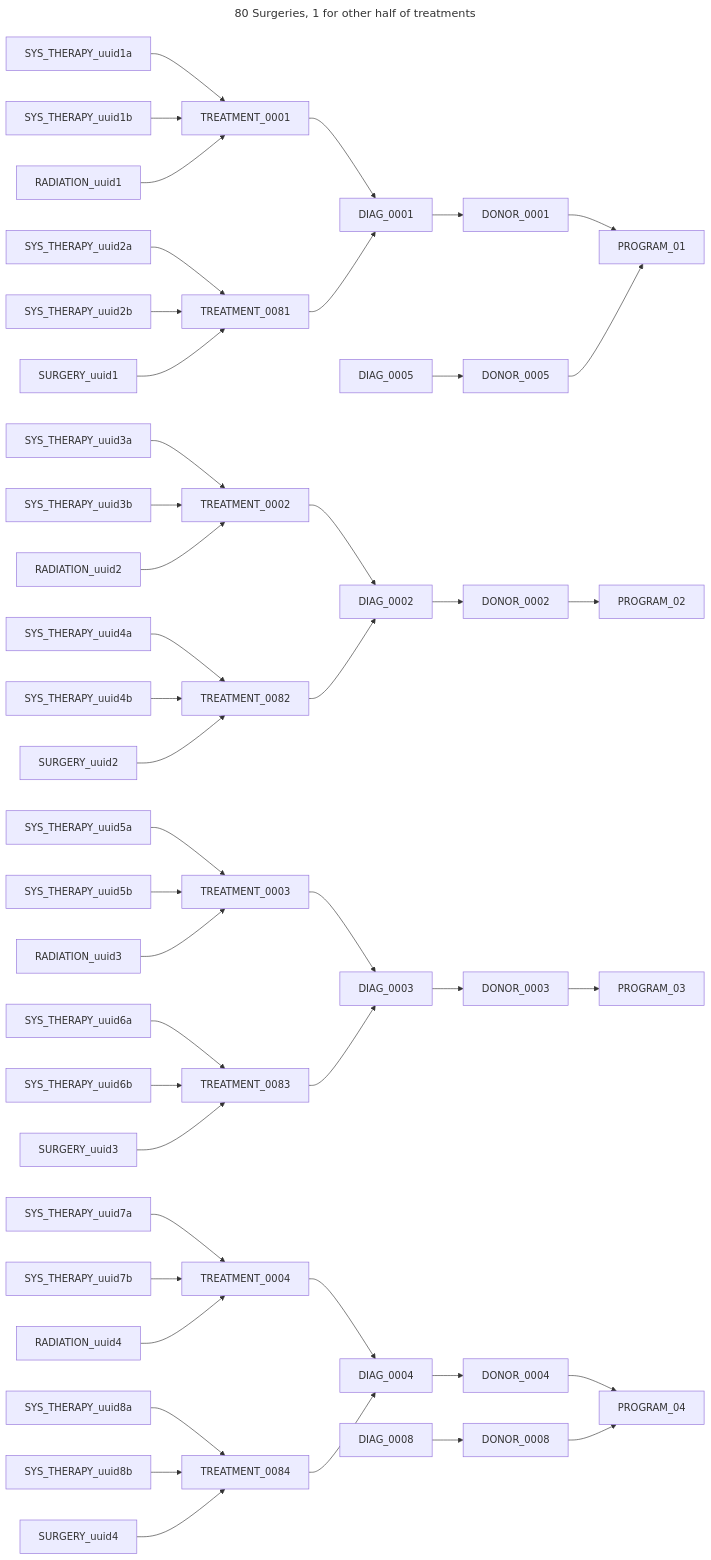
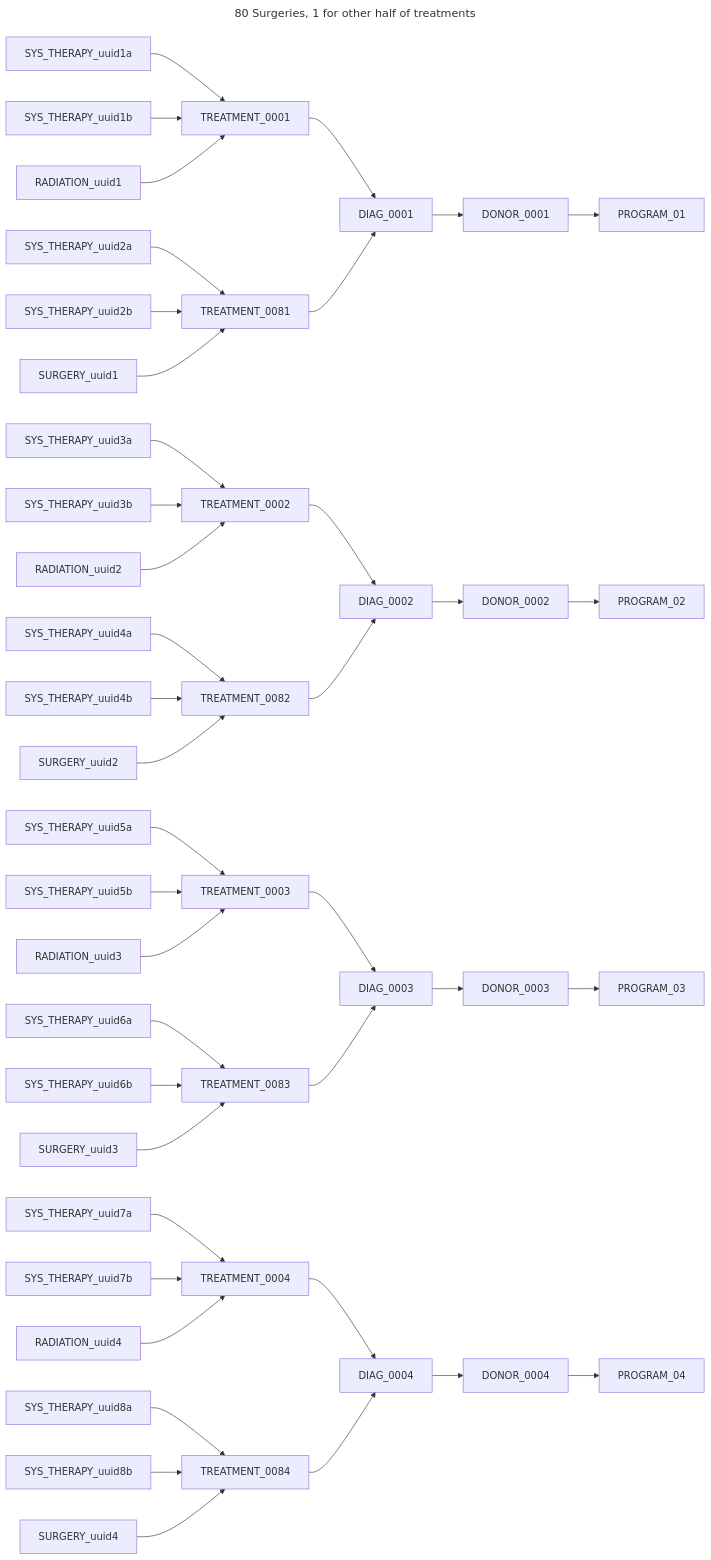
Before and after one commit to CanDIG/katsu: the eighth of 12 diagrams in chord_metadata_service/mohpackets/data/small_dataset/README.md, drawn with Mermaid. The commit also changed other lines of this file, not shown here.

Commit message:
update graphs

````diff
--- a/chord_metadata_service/mohpackets/data/small_dataset/README.md
+++ b/chord_metadata_service/mohpackets/data/small_dataset/README.md
@@ -218,44 +213,42 @@
 ```mermaid
 ---
 title: 80 Surgeries, 1 for other half of treatments
 ---
 graph LR;  
   DIAG_0001 --> DONOR_0001 --> PROGRAM_01;  
-  DIAG_0005 --> DONOR_0005 --> PROGRAM_01;  
   DIAG_0002 --> DONOR_0002 --> PROGRAM_02;  
   DIAG_0003 --> DONOR_0003 --> PROGRAM_03;  
   DIAG_0004 --> DONOR_0004 --> PROGRAM_04;
-  DIAG_0008 --> DONOR_0008 --> PROGRAM_04;
   TREATMENT_0001 --> DIAG_0001;
   TREATMENT_0081 --> DIAG_0001;  
   TREATMENT_0002 --> DIAG_0002; 
   TREATMENT_0082 --> DIAG_0002;  
   TREATMENT_0003 --> DIAG_0003; 
   TREATMENT_0083 --> DIAG_0003; 
   TREATMENT_0004 --> DIAG_0004; 
   TREATMENT_0084 --> DIAG_0004; 
   SYS_THERAPY_uuid1a --> TREATMENT_0001;
   SYS_THERAPY_uuid1b --> TREATMENT_0001;
   SYS_THERAPY_uuid2a --> TREATMENT_0081;
   SYS_THERAPY_uuid2b --> TREATMENT_0081;  
   SYS_THERAPY_uuid3a --> TREATMENT_0002; 
   SYS_THERAPY_uuid3b --> TREATMENT_0002; 
   SYS_THERAPY_uuid4a --> TREATMENT_0082;  
   SYS_THERAPY_uuid4b --> TREATMENT_0082;  
   SYS_THERAPY_uuid5a --> TREATMENT_0003; 
   SYS_THERAPY_uuid5b --> TREATMENT_0003; 
   SYS_THERAPY_uuid6a --> TREATMENT_0083; 
   SYS_THERAPY_uuid6b --> TREATMENT_0083; 
   SYS_THERAPY_uuid7a --> TREATMENT_0004; 
   SYS_THERAPY_uuid7b --> TREATMENT_0004; 
   SYS_THERAPY_uuid8a --> TREATMENT_0084;
   SYS_THERAPY_uuid8b --> TREATMENT_0084;
   RADIATION_uuid1 --> TREATMENT_0001;
   RADIATION_uuid2 --> TREATMENT_0002; 
   RADIATION_uuid3 --> TREATMENT_0003;  
   RADIATION_uuid4 --> TREATMENT_0004;  
   SURGERY_uuid1 --> TREATMENT_0081;
   SURGERY_uuid2 --> TREATMENT_0082; 
   SURGERY_uuid3 --> TREATMENT_0083;  
   SURGERY_uuid4 --> TREATMENT_0084;  
 ```
````
